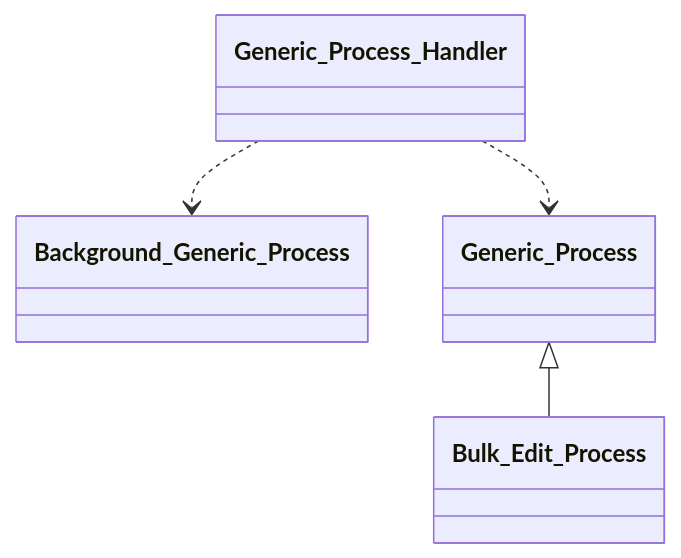
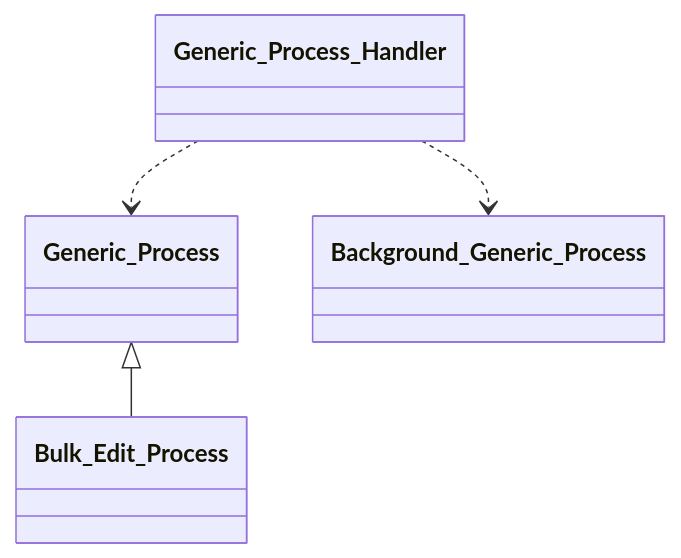
The seventh of 13 diagrams in docs/phpdoc/Home.md (tainacan/tainacan), drawn with Mermaid before and after one commit. The commit also changed other lines of this file and 73 other files, not shown here.

````diff
--- a/docs/phpdoc/Home.md
+++ b/docs/phpdoc/Home.md
@@ -518,11 +518,11 @@
 ```mermaid
 classDiagram
     direction TB
     class Generic_Process_Handler { }
+    class Generic_Process { }
     class Bulk_Edit_Process { }
     class Background_Generic_Process { }
-    class Generic_Process { }
     Generic_Process <|-- Bulk_Edit_Process
     Generic_Process_Handler ..> Background_Generic_Process
     Generic_Process_Handler ..> Generic_Process
 ```
````
